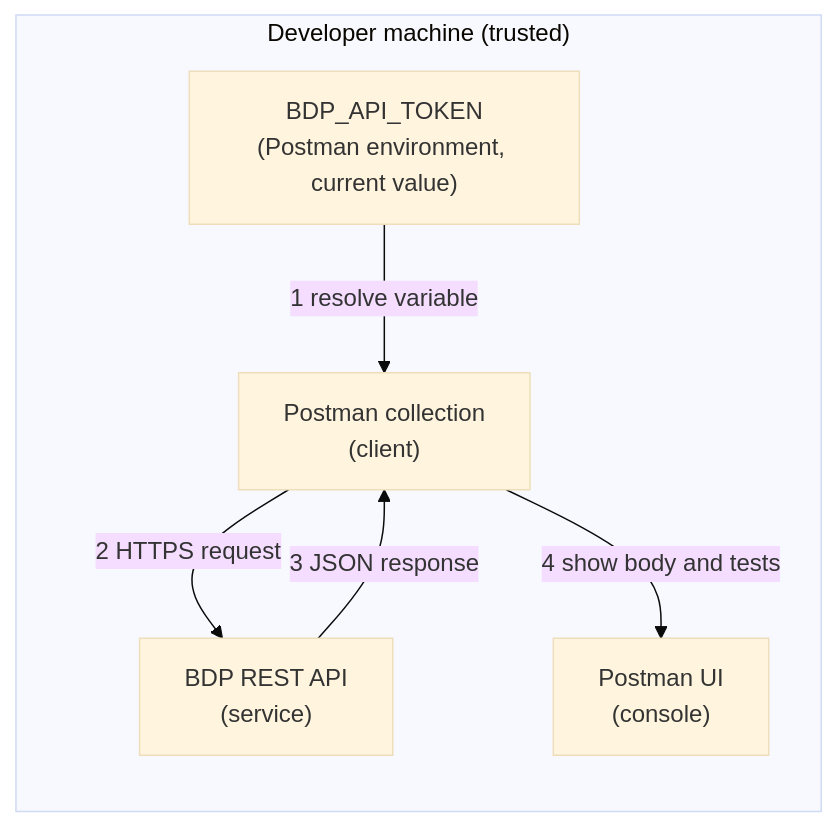
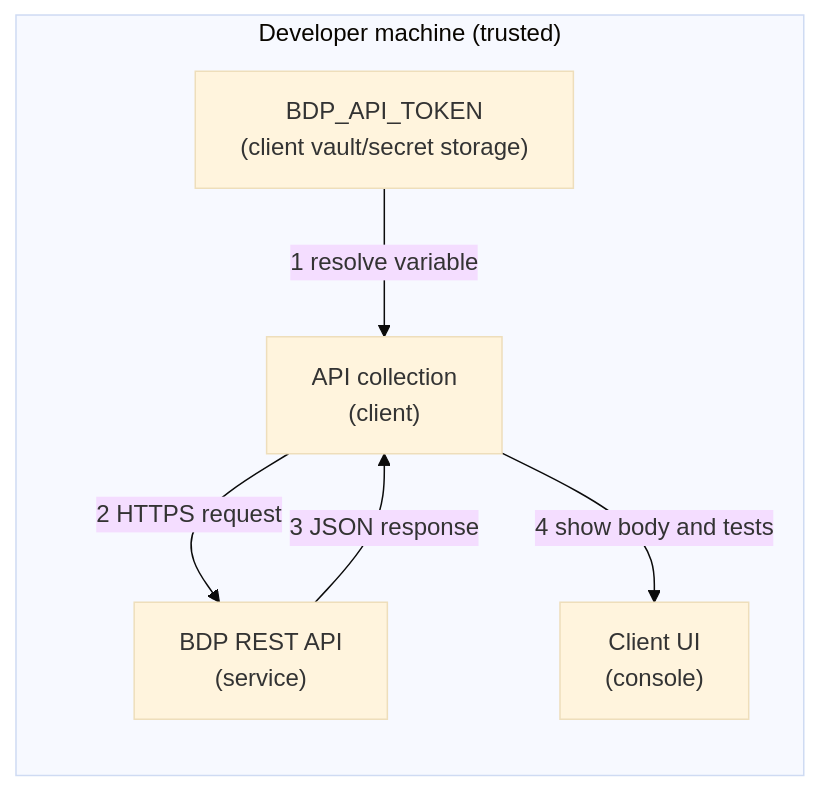
One commit to SchneiderElectricBuildings/BuildingDataPlatform changed the diagram in examples/rest-quickstart-postman/SECURITY.md. Above: the diagram before and after it, drawn with Mermaid (base theme). The commit also changed other lines of this file and 7 other files, not shown here.

First line of the commit message:
Consolidate collection to one file, add vault-based credential and import docs

````diff
--- a/examples/rest-quickstart-postman/SECURITY.md
+++ b/examples/rest-quickstart-postman/SECURITY.md
@@ -60,11 +60,11 @@
 ```mermaid
 flowchart LR
     subgraph local["Developer machine (trusted)"]
-        E["BDP_API_TOKEN<br/>(Postman environment, current value)"]
-        S["Postman collection<br/>(client)"]
+        E["BDP_API_TOKEN<br/>(client vault/secret storage)"]
+        S["API collection<br/>(client)"]
         E -->|"1 resolve variable"| S
         S -->|"2 HTTPS request"| API["BDP REST API<br/>(service)"]
         API -->|"3 JSON response"| S
-        S -->|"4 show body and tests"| OUT["Postman UI<br/>(console)"]
+        S -->|"4 show body and tests"| OUT["Client UI<br/>(console)"]
     end
 ```
````
